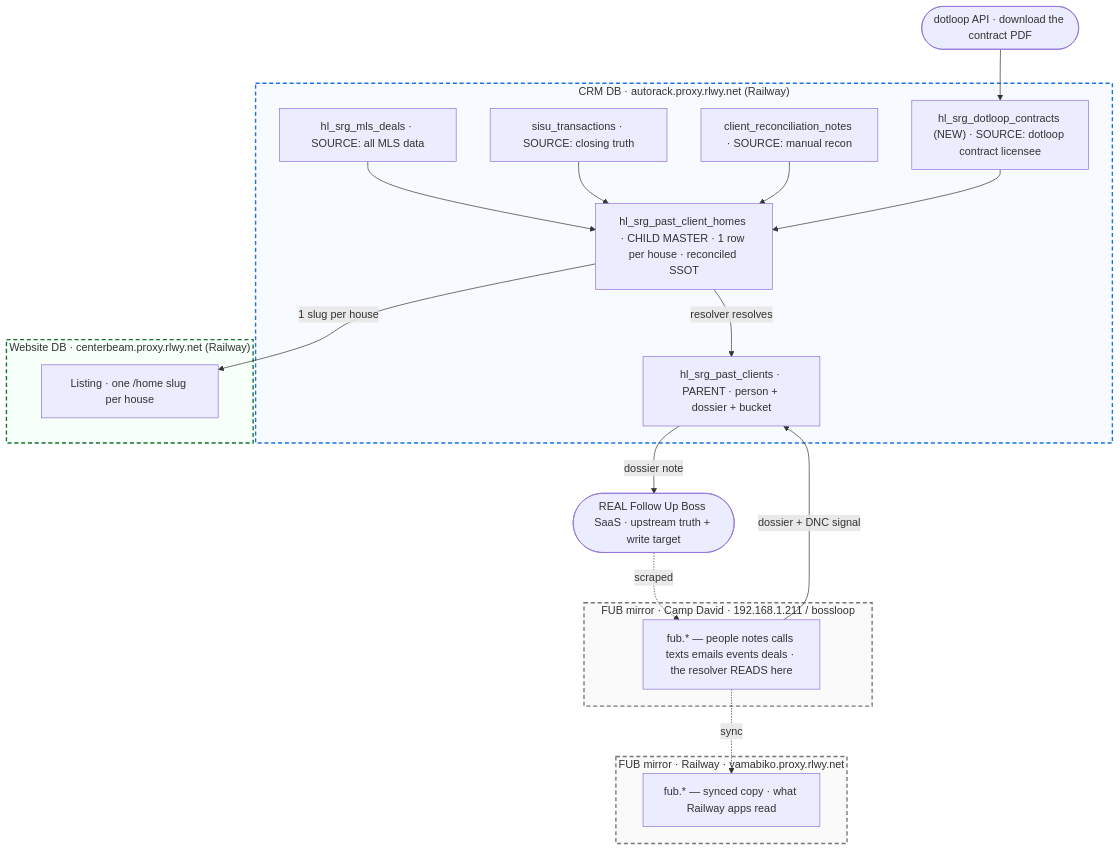
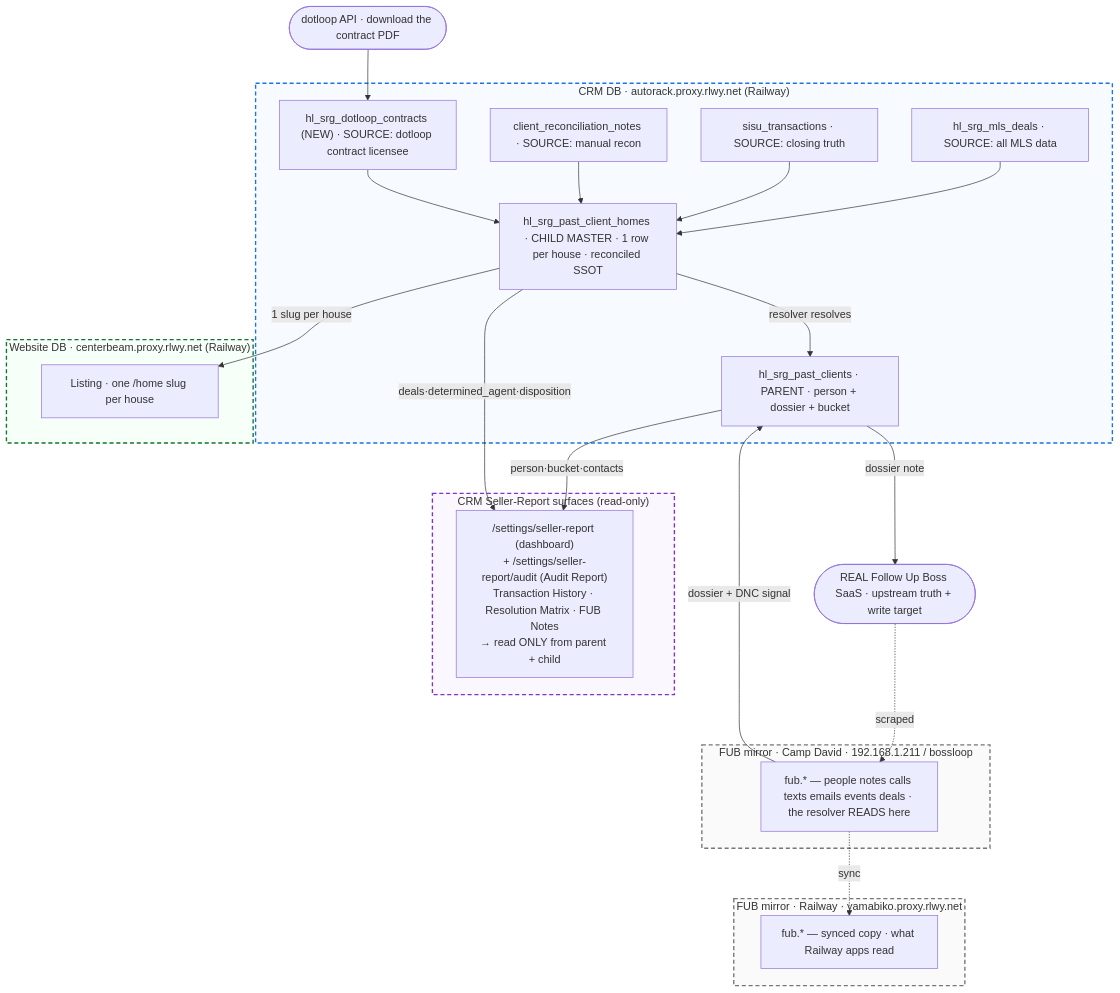
Before and after one commit to spradlz/docs: the diagram in guides/past-client-data-pipeline.mdx, drawn with Mermaid. The commit also changed other lines of this file, not shown here.

First line of the commit message:
Pipeline doc: both Seller-Report surfaces (dashboard + Audit Report) read ONLY from the parent + child tables; whiteboard + dependency chain documented (2026-06-27 11:51 AM)

````diff
--- a/guides/past-client-data-pipeline.mdx
+++ b/guides/past-client-data-pipeline.mdx
@@ -25,44 +25,51 @@
 ```mermaid
 flowchart TB
   DLAPI(["dotloop API · download the contract PDF"])
 
   subgraph CRM["CRM DB · autorack.proxy.rlwy.net (Railway)"]
     MLS["hl_srg_mls_deals · SOURCE: all MLS data"]
     SISU["sisu_transactions · SOURCE: closing truth"]
     RECON["client_reconciliation_notes · SOURCE: manual recon"]
     DLC["hl_srg_dotloop_contracts (NEW) · SOURCE: dotloop contract licensee"]
     CHILD["hl_srg_past_client_homes · CHILD MASTER · 1 row per house · reconciled SSOT"]
     PARENT["hl_srg_past_clients · PARENT · person + dossier + bucket"]
   end
 
   subgraph FUBCD["FUB mirror · Camp David · 192.168.1.211 / bossloop"]
     FUBCDt["fub.* — people notes calls texts emails events deals · the resolver READS here"]
   end
 
   subgraph FUBRW["FUB mirror · Railway · yamabiko.proxy.rlwy.net"]
     FUBRWt["fub.* — synced copy · what Railway apps read"]
   end
 
   subgraph WEB["Website DB · centerbeam.proxy.rlwy.net (Railway)"]
     LISTING["Listing · one /home slug per house"]
   end
 
+  subgraph DASH["CRM Seller-Report surfaces (read-only)"]
+    AUDIT["/settings/seller-report (dashboard)\n+ /settings/seller-report/audit (Audit Report)\nTransaction History · Resolution Matrix · FUB Notes\n→ read ONLY from parent + child"]
+  end
+
   REALFUB(["REAL Follow Up Boss SaaS · upstream truth + write target"])
 
   DLAPI --> DLC
   MLS --> CHILD
   SISU --> CHILD
   RECON --> CHILD
   DLC --> CHILD
   CHILD -->|resolver resolves| PARENT
   FUBCDt -->|dossier + DNC signal| PARENT
   PARENT -->|dossier note| REALFUB
   REALFUB -.scraped.-> FUBCDt
   FUBCDt -.sync.-> FUBRWt
   CHILD -->|1 slug per house| LISTING
+  PARENT -->|person·bucket·contacts| AUDIT
+  CHILD -->|deals·determined_agent·disposition| AUDIT
 
   style CRM stroke:#1a73e8,stroke-width:2px,stroke-dasharray:6 4,fill:#f7fbff
   style FUBCD stroke:#777,stroke-width:2px,stroke-dasharray:6 4,fill:#fafafa
   style FUBRW stroke:#777,stroke-width:2px,stroke-dasharray:6 4,fill:#fafafa
+  style DASH stroke:#8430ce,stroke-width:2px,stroke-dasharray:6 4,fill:#faf7ff
   style WEB stroke:#137333,stroke-width:2px,stroke-dasharray:6 4,fill:#f6fff8
 ```
````
